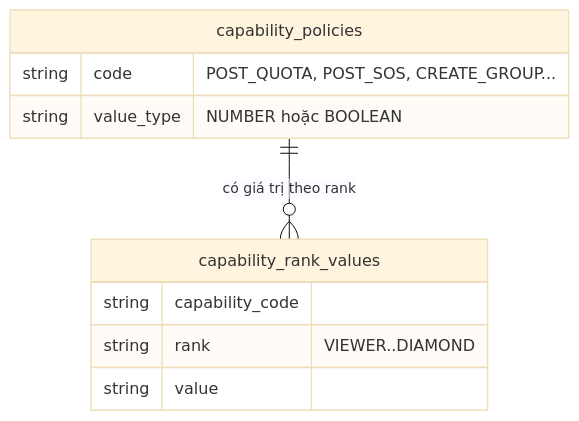
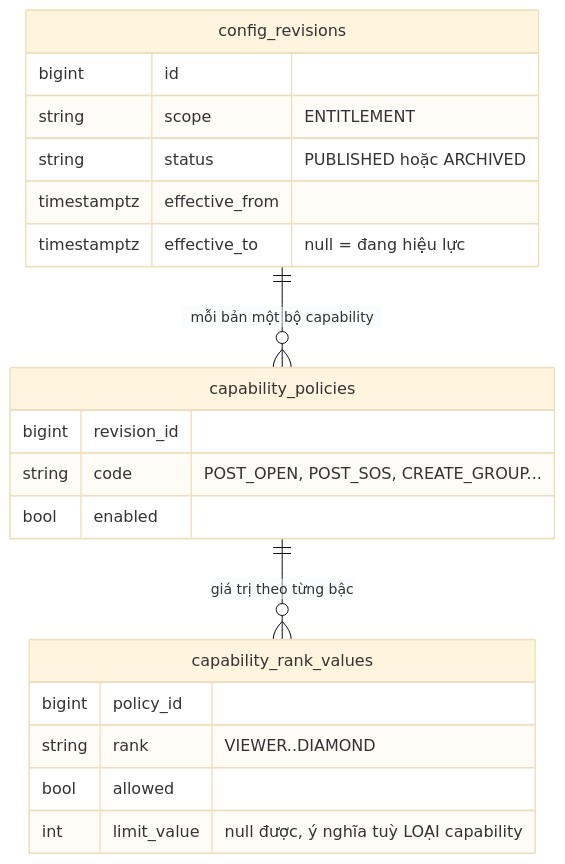
Before and after one commit to fdshn/trueheart: the first of 5 diagrams in docs/diagram/24-entitlement.md, drawn with Mermaid (base theme). The commit also changed other lines of this file and 26 other files, not shown here.

First line of the commit message:
feat(entitlement): bộ đếm thật cho từng capability, chặn hạn mức tự mâu thuẫn, và đường đọc lịch sử

````diff
--- a/docs/diagram/24-entitlement.md
+++ b/docs/diagram/24-entitlement.md
@@ -7,13 +7,23 @@
 ```mermaid
 erDiagram
-    capability_policies ||--o{ capability_rank_values : "có giá trị theo rank"
+    config_revisions ||--o{ capability_policies : "mỗi bản một bộ capability"
+    capability_policies ||--o{ capability_rank_values : "giá trị theo từng bậc"
+    config_revisions {
+        bigint id
+        string scope "ENTITLEMENT"
+        string status "PUBLISHED hoặc ARCHIVED"
+        timestamptz effective_from
+        timestamptz effective_to "null = đang hiệu lực"
+    }
     capability_policies {
-        string code "POST_QUOTA, POST_SOS, CREATE_GROUP..."
-        string value_type "NUMBER hoặc BOOLEAN"
+        bigint revision_id
+        string code "POST_OPEN, POST_SOS, CREATE_GROUP..."
+        bool enabled
     }
     capability_rank_values {
-        string capability_code
+        bigint policy_id
         string rank "VIEWER..DIAMOND"
-        string value
+        bool allowed
+        int limit_value "null được, ý nghĩa tuỳ LOẠI capability"
     }
 ```
````
